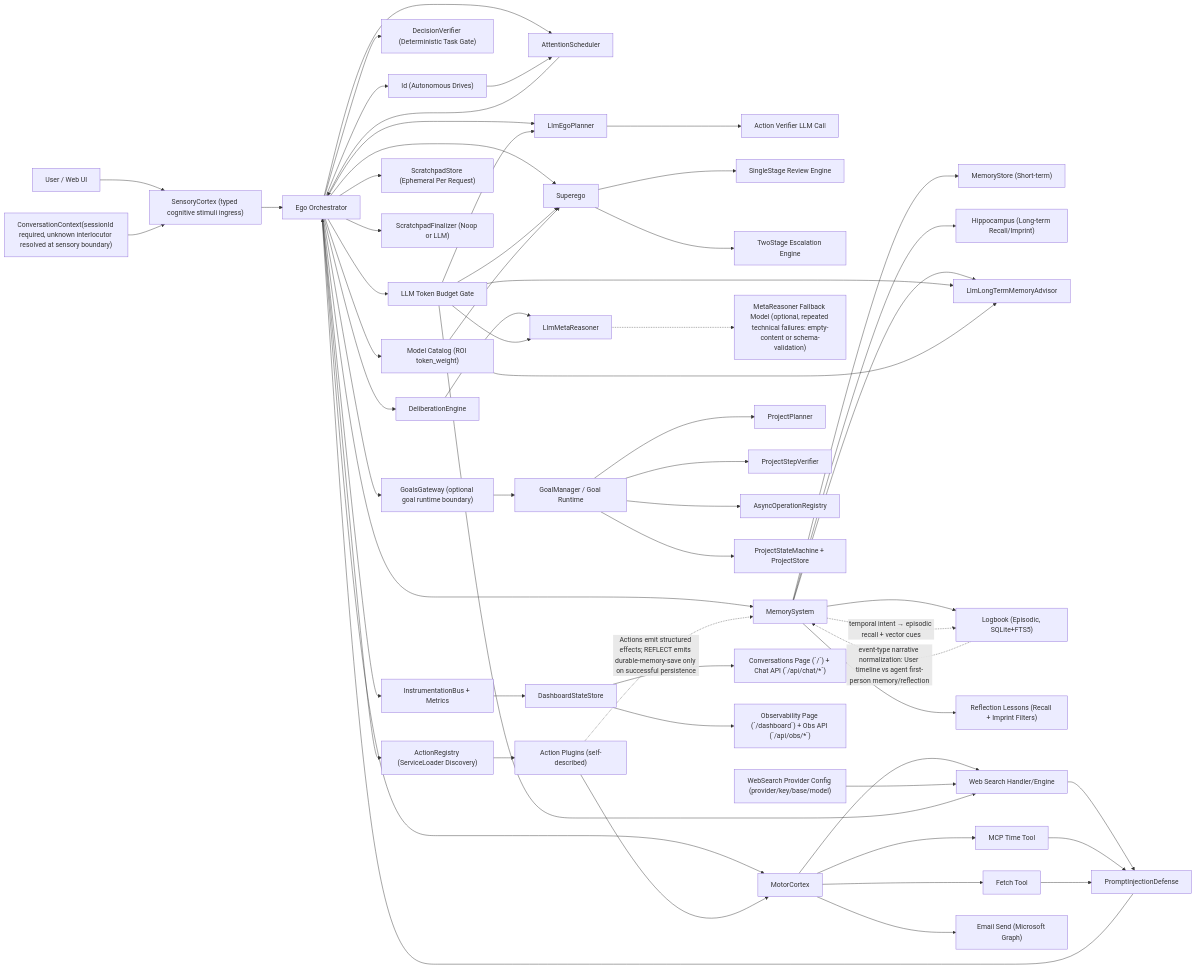
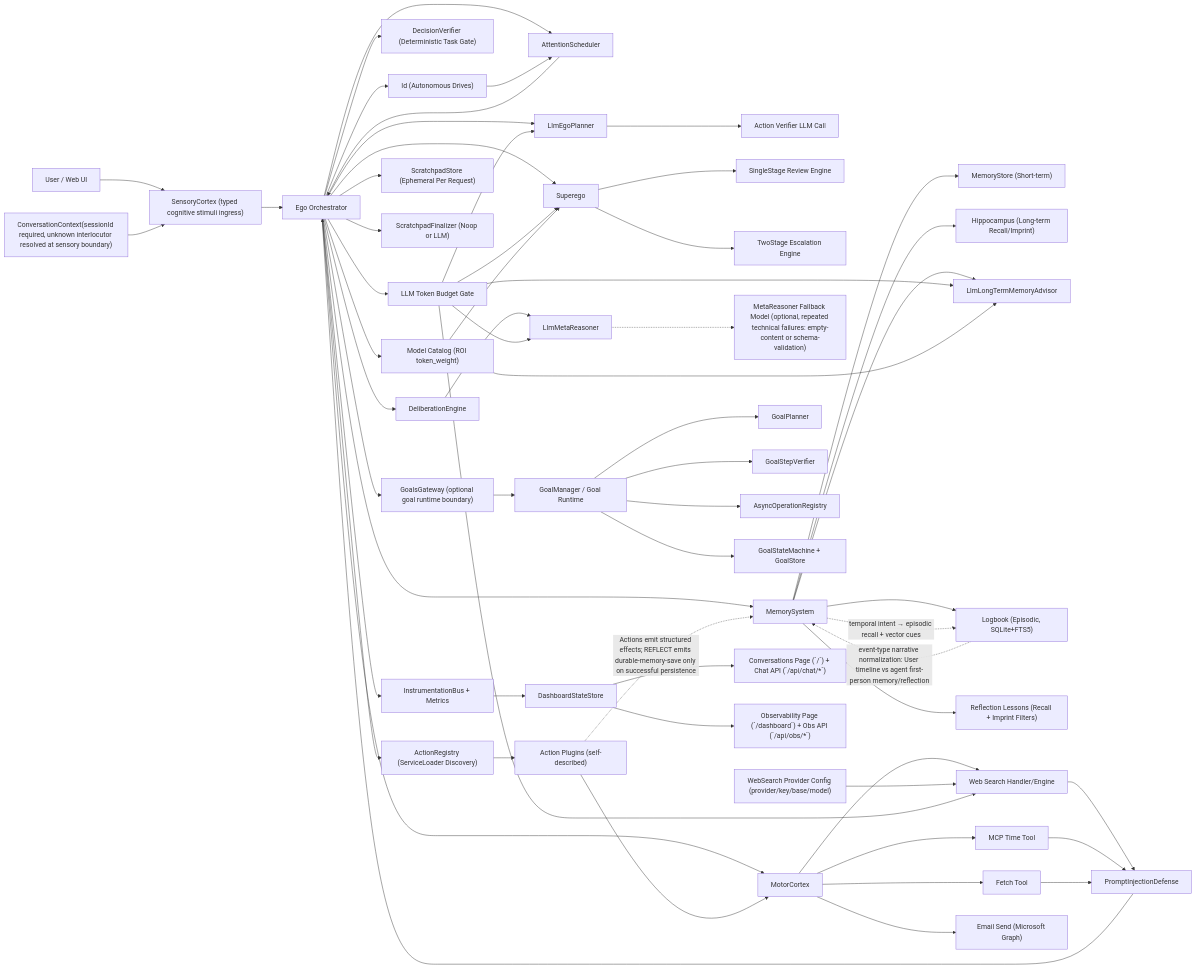
One commit to neopsyke/NeoPsyke changed the first of 7 diagrams in AGENT_LOGIC_DIAGRAM.md. Above: the diagram before and after it, drawn with Mermaid. The commit also changed other lines of this file and 70 other files, not shown here.

````diff
--- a/AGENT_LOGIC_DIAGRAM.md
+++ b/AGENT_LOGIC_DIAGRAM.md
@@ -8,70 +8,70 @@
 ```mermaid
 flowchart LR
     U["User / Web UI"] --> SC["SensoryCortex (typed cognitive stimuli ingress)"]
     SC --> E["Ego Orchestrator"]
     NoteCtx["ConversationContext(sessionId required, unknown interlocutor resolved at sensory boundary)"] --> SC
 
     E --> AS["AttentionScheduler"]
     AS --> E
     ID["Id (Autonomous Drives)"] --> AS
     E --> ID
 
     E --> P["LlmEgoPlanner"]
     P --> AV["Action Verifier LLM Call"]
     E --> TV["DecisionVerifier (Deterministic Task Gate)"]
     E --> S["Superego"]
     S --> S1["SingleStage Review Engine"]
     S --> S2["TwoStage Escalation Engine"]
     E --> AR["ActionRegistry (ServiceLoader Discovery)"]
     E --> M["MotorCortex"]
     E --> BG["LLM Token Budget Gate"]
     E --> MCat["Model Catalog (ROI token_weight)"]
 
     E --> DE["DeliberationEngine"]
     DE --> MR["LlmMetaReasoner"]
     MR -.-> MRF["MetaReasoner Fallback Model (optional, repeated technical failures: empty-content or schema-validation)"]
 
     E --> MC["MemorySystem"]
     MC --> MS["MemoryStore (Short-term)"]
     MC --> H["Hippocampus (Long-term Recall/Imprint)"]
     MC --> LTM["LlmLongTermMemoryAdvisor"]
     MC --> LB["Logbook (Episodic, SQLite+FTS5)"]
     LB -.->|"event-type narrative normalization: User timeline vs agent first-person memory/reflection"| MC
     MC --> RL["Reflection Lessons (Recall + Imprint Filters)"]
     MC -.->|"temporal intent → episodic recall + vector cues"| LB
     E --> TWS["ScratchpadStore (Ephemeral Per Request)"]
     E --> TWF["ScratchpadFinalizer (Noop or LLM)"]
     E --> PG["GoalsGateway (optional goal runtime boundary)"]
     PG --> PM["GoalManager / Goal Runtime"]
-    PM --> PP["ProjectPlanner"]
-    PM --> PV["ProjectStepVerifier"]
+    PM --> PP["GoalPlanner"]
+    PM --> PV["GoalStepVerifier"]
     PM --> AOR["AsyncOperationRegistry"]
-    PM --> PS["ProjectStateMachine + ProjectStore"]
+    PM --> PS["GoalStateMachine + GoalStore"]
 
     AR --> AP["Action Plugins (self-described)"]
     AP --> M
     AP -.->|"Actions emit structured effects; REFLECT emits durable-memory-save only on successful persistence"| MC
 
     M --> WS["Web Search Handler/Engine"]
     CfgWS["WebSearch Provider Config (provider/key/base/model)"] --> WS
     M --> MT["MCP Time Tool"]
     M --> MF["Fetch Tool"]
     M --> EM["Email Send (Microsoft Graph)"]
     WS --> PID["PromptInjectionDefense"]
     MT --> PID
     MF --> PID
     PID --> E
 
     BG --> P
     BG --> S
     BG --> MR
     BG --> LTM
     BG --> WS
     MCat --> S
     MCat --> LTM
 
     E --> I["InstrumentationBus + Metrics"]
     I --> DS["DashboardStateStore"]
     DS --> CP["Conversations Page (`/`) + Chat API (`/api/chat/*`)"]
     DS --> OP["Observability Page (`/dashboard`) + Obs API (`/api/obs/*`)"]
 ```
````
